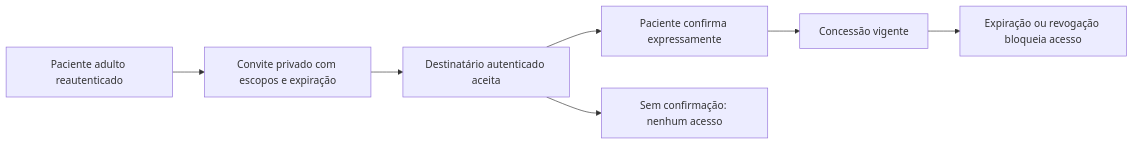
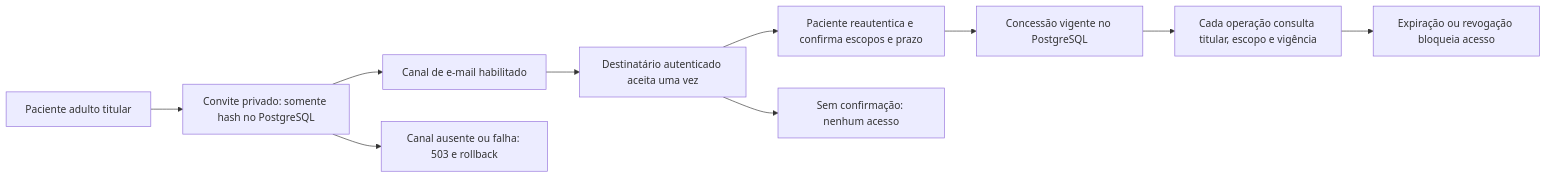
Before and after one commit to Kayquebrigadeiro/Exameperto: the eighth of 11 diagrams in docs/DIAGRAMAS.md, drawn with Mermaid. The commit also changed other lines of this file and 26 other files, not shown here.

````diff
--- a/docs/DIAGRAMAS.md
+++ b/docs/DIAGRAMAS.md
@@ -224,9 +224,12 @@
 ```mermaid
 flowchart LR
-  P["Paciente adulto reautenticado"] --> C["Convite privado com escopos e expiração"]
-  C --> A["Destinatário autenticado aceita"]
-  A --> F["Paciente confirma expressamente"]
-  F --> G["Concessão vigente"]
-  G --> R["Expiração ou revogação bloqueia acesso"]
+  P["Paciente adulto titular"] --> C["Convite privado: somente hash no PostgreSQL"]
+  C --> E["Canal de e-mail habilitado"]
+  E --> A["Destinatário autenticado aceita uma vez"]
+  A --> F["Paciente reautentica e confirma escopos e prazo"]
+  F --> G["Concessão vigente no PostgreSQL"]
+  G --> Q["Cada operação consulta titular, escopo e vigência"]
+  Q --> R["Expiração ou revogação bloqueia acesso"]
   A --> N["Sem confirmação: nenhum acesso"]
+  C --> X["Canal ausente ou falha: 503 e rollback"]
 ```
````
